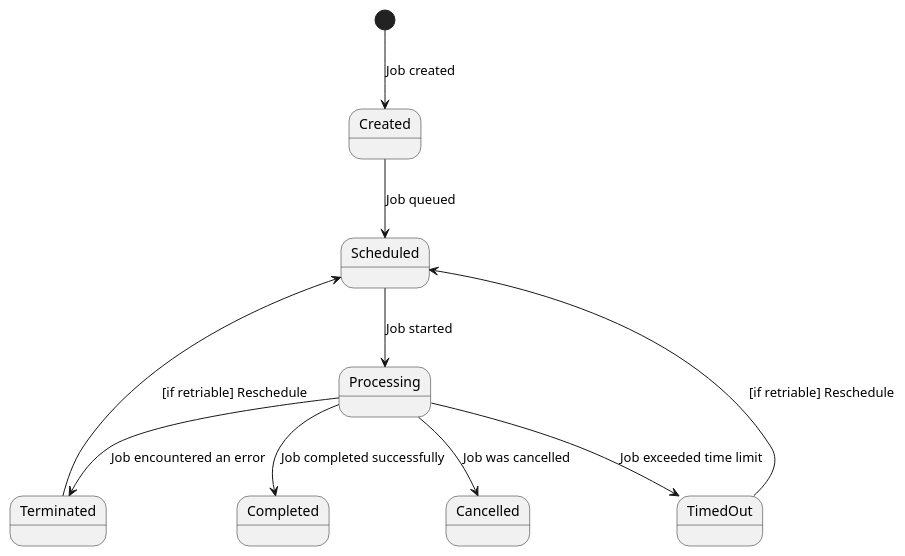
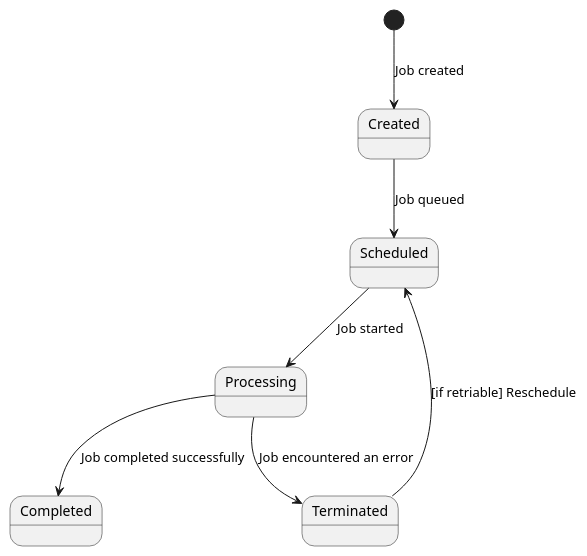
Before and after one commit to cybergarage/go-job: the diagram in doc/img/job_state.pu, drawn with PlantUML.

Commit message:
Update images

```diff
--- a/doc/img/job_state.pu
+++ b/doc/img/job_state.pu
@@ -1,14 +1,14 @@
 @startuml
 [*] --> Created : Job created
 
 Created --> Scheduled : Job queued
 Scheduled --> Processing : Job started
 Processing --> Completed : Job completed successfully
 Processing --> Terminated : Job encountered an error
-Processing --> Cancelled : Job was cancelled
-Processing --> TimedOut : Job exceeded time limit
 Terminated --> Scheduled : [if retriable] Reschedule
 
-TimedOut --> Scheduled : [if retriable] Reschedule
+' Processing --> Cancelled : Job was cancelled
+' Processing --> TimedOut : Job exceeded time limit
+' TimedOut --> Scheduled : [if retriable] Reschedule
 
 @enduml
```
